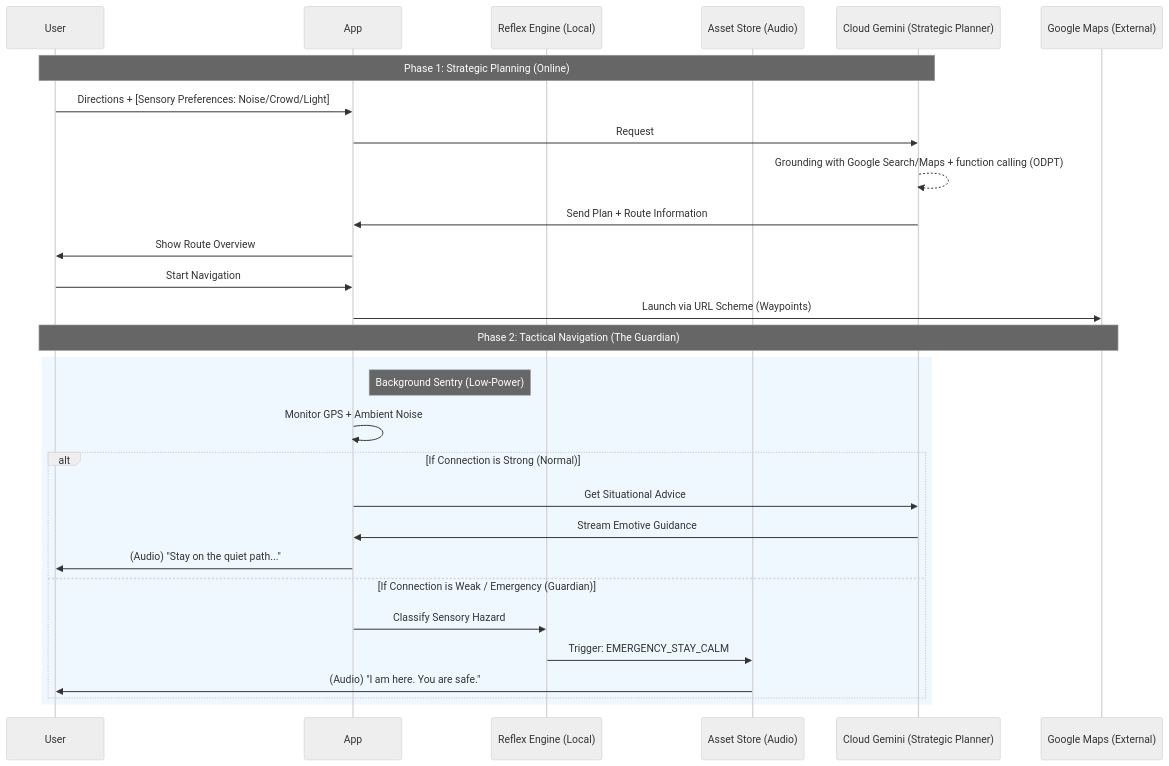
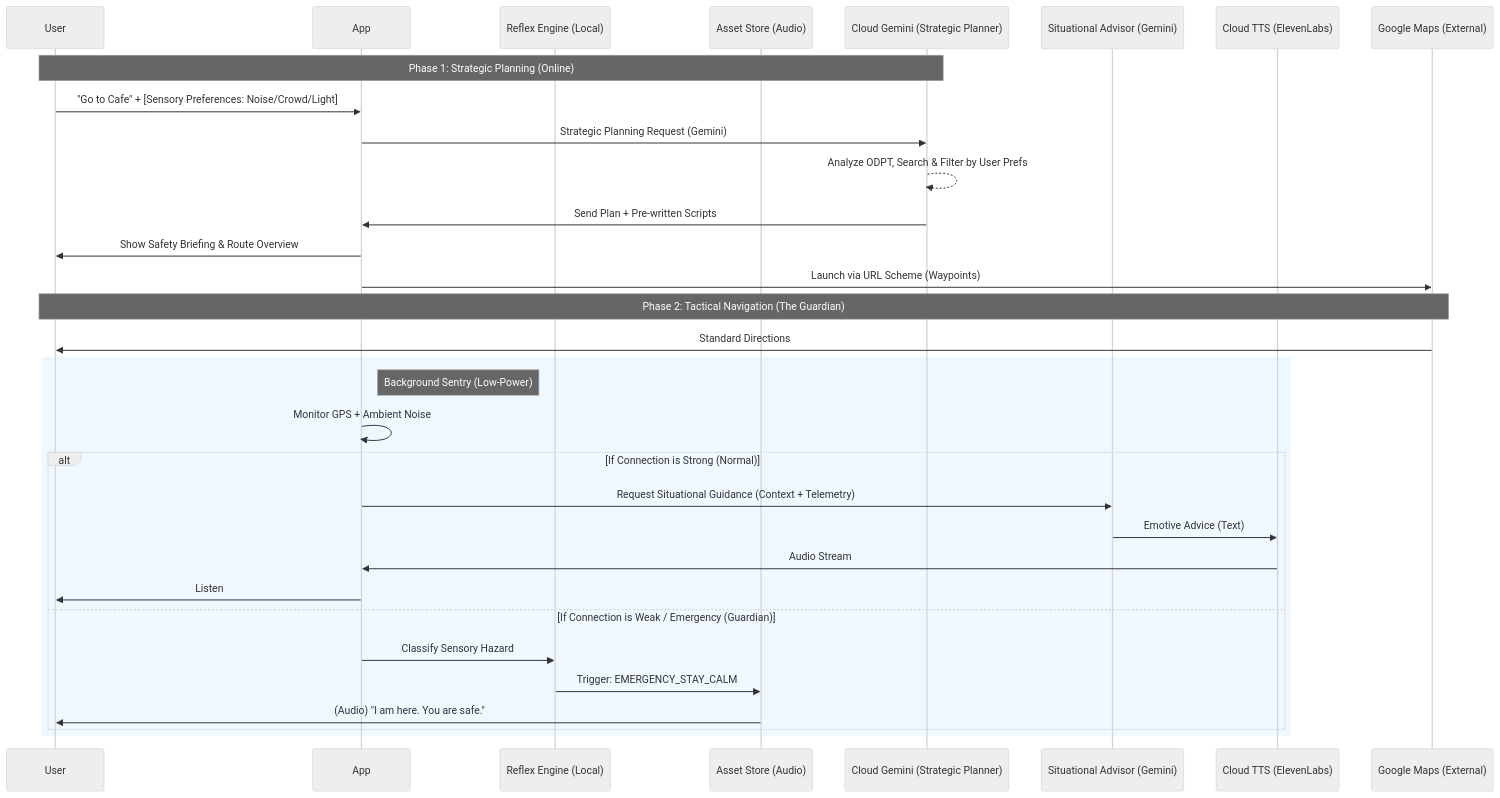
The second of 2 diagrams in docs/ARCHITECTURE.md (keiseiisobe/pocket-secure-base), drawn with Mermaid (neutral theme) before and after one commit. The commit also changed other lines of this file and 1 other file, not shown here.

Commit message:
modified flow diagram

````diff
--- a/docs/ARCHITECTURE.md
+++ b/docs/ARCHITECTURE.md
@@ -51,36 +52,38 @@
 ```mermaid
 sequenceDiagram
     participant User
     participant App
     participant LocalAI as Reflex Engine (Local)
     participant Assets as Asset Store (Audio)
     participant CloudAI as Cloud Gemini (Strategic Planner)
+    participant Advisor as Situational Advisor (Gemini)
+    participant CloudTTS as Cloud TTS (ElevenLabs)
     participant NativeMaps as Google Maps (External)
 
     Note over User, CloudAI: Phase 1: Strategic Planning (Online)
-
-    User->>App: Directions + [Sensory Preferences: Noise/Crowd/Light]
-    App->>CloudAI: Request
-    CloudAI-->>CloudAI: Grounding with Google Search/Maps + function calling (ODPT)
-    CloudAI->>App: Send Plan + Route Information
-    App->>User: Show Route Overview
-	User->>App: Start Navigation
+    User->>App: "Go to Cafe" + [Sensory Preferences: Noise/Crowd/Light]
+    App->>CloudAI: Strategic Planning Request (Gemini)
+    CloudAI-->>CloudAI: Analyze ODPT, Search & Filter by User Prefs
+    CloudAI->>App: Send Plan + Pre-written Scripts
+    App->>User: Show Safety Briefing & Route Overview
     App->>NativeMaps: Launch via URL Scheme (Waypoints)
 
     Note over User, NativeMaps: Phase 2: Tactical Navigation (The Guardian)
+    NativeMaps->>User: Standard Directions
     
     rect rgb(240, 248, 255)
         Note right of App: Background Sentry (Low-Power)
         App->>App: Monitor GPS + Ambient Noise
         
         alt If Connection is Strong (Normal)
-            App->>CloudAI: Get Situational Advice
-            CloudAI->>App: Stream Emotive Guidance
-            App->>User: (Audio) "Stay on the quiet path..."
+            App->>Advisor: Request Situational Guidance (Context + Telemetry)
+            Advisor->>CloudTTS: Emotive Advice (Text)
+            CloudTTS->>App: Audio Stream
+            App->>User: Listen
         else If Connection is Weak / Emergency (Guardian)
             App->>LocalAI: Classify Sensory Hazard
             LocalAI->>Assets: Trigger: EMERGENCY_STAY_CALM
             Assets->>User: (Audio) "I am here. You are safe."
         end
     end
 ```
````
